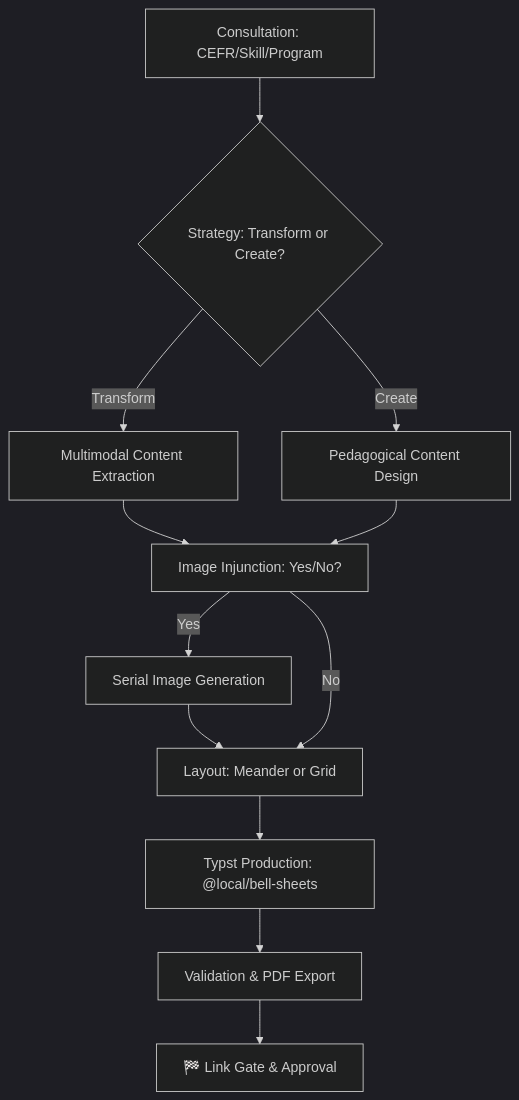
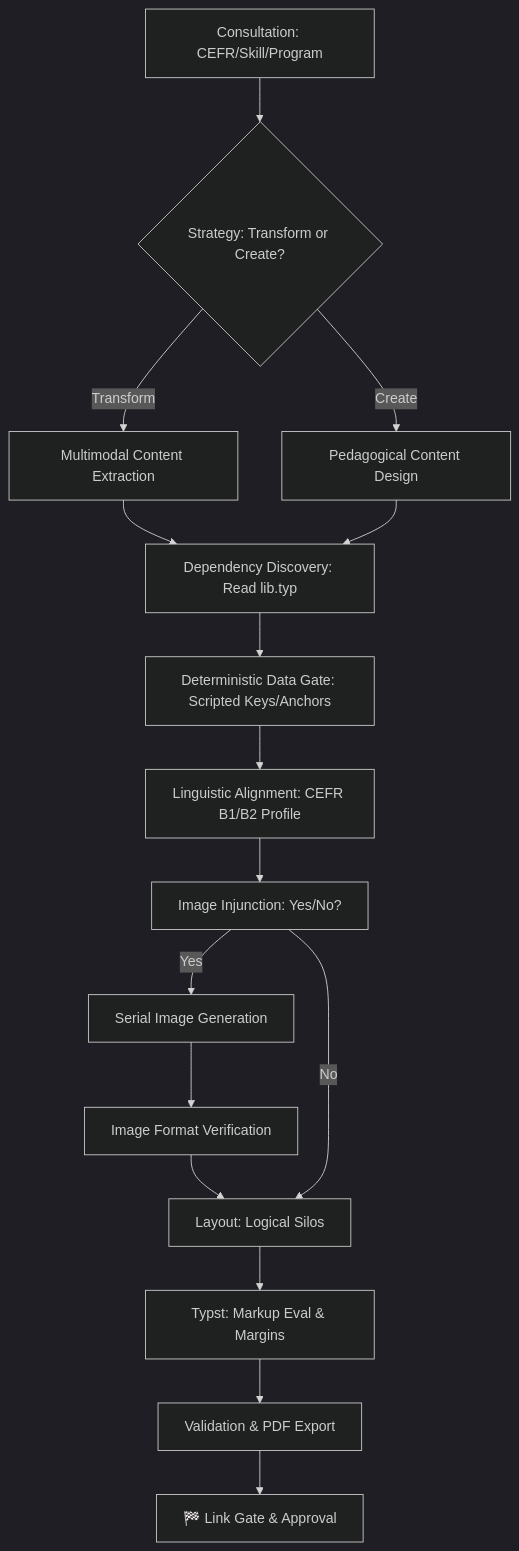
The diagram in skills/producing-educational-materials/SKILL.md (elwrush/actions-gh-pages), drawn with Mermaid (dark theme) before and after one commit. The commit also changed other lines of this file and 385 other files, not shown here.

````diff
--- a/skills/producing-educational-materials/SKILL.md
+++ b/skills/producing-educational-materials/SKILL.md
@@ -15,13 +15,17 @@
 ```mermaid
 graph TD
     A[Consultation: CEFR/Skill/Program] --> B{Strategy: Transform or Create?}
     B -->|Transform| C[Multimodal Content Extraction]
     B -->|Create| D[Pedagogical Content Design]
-    C & D --> E[Image Injunction: Yes/No?]
+    C & D --> DP[Dependency Discovery: Read lib.typ]
+    DP --> DG[Deterministic Data Gate: Scripted Keys/Anchors]
+    DG --> LP[Linguistic Alignment: CEFR B1/B2 Profile]
+    LP --> E[Image Injunction: Yes/No?]
     E -->|Yes| F[Serial Image Generation]
-    F --> G[Layout: Meander or Grid]
+    F --> IV[Image Format Verification]
+    IV --> G[Layout: Logical Silos]
     E -->|No| G
-    G --> H[Typst Production: @local/bell-sheets]
+    G --> H[Typst: Markup Eval & Margins]
     H --> I[Validation & PDF Export]
     I --> J[🏁 Link Gate & Approval]
 ```
````
